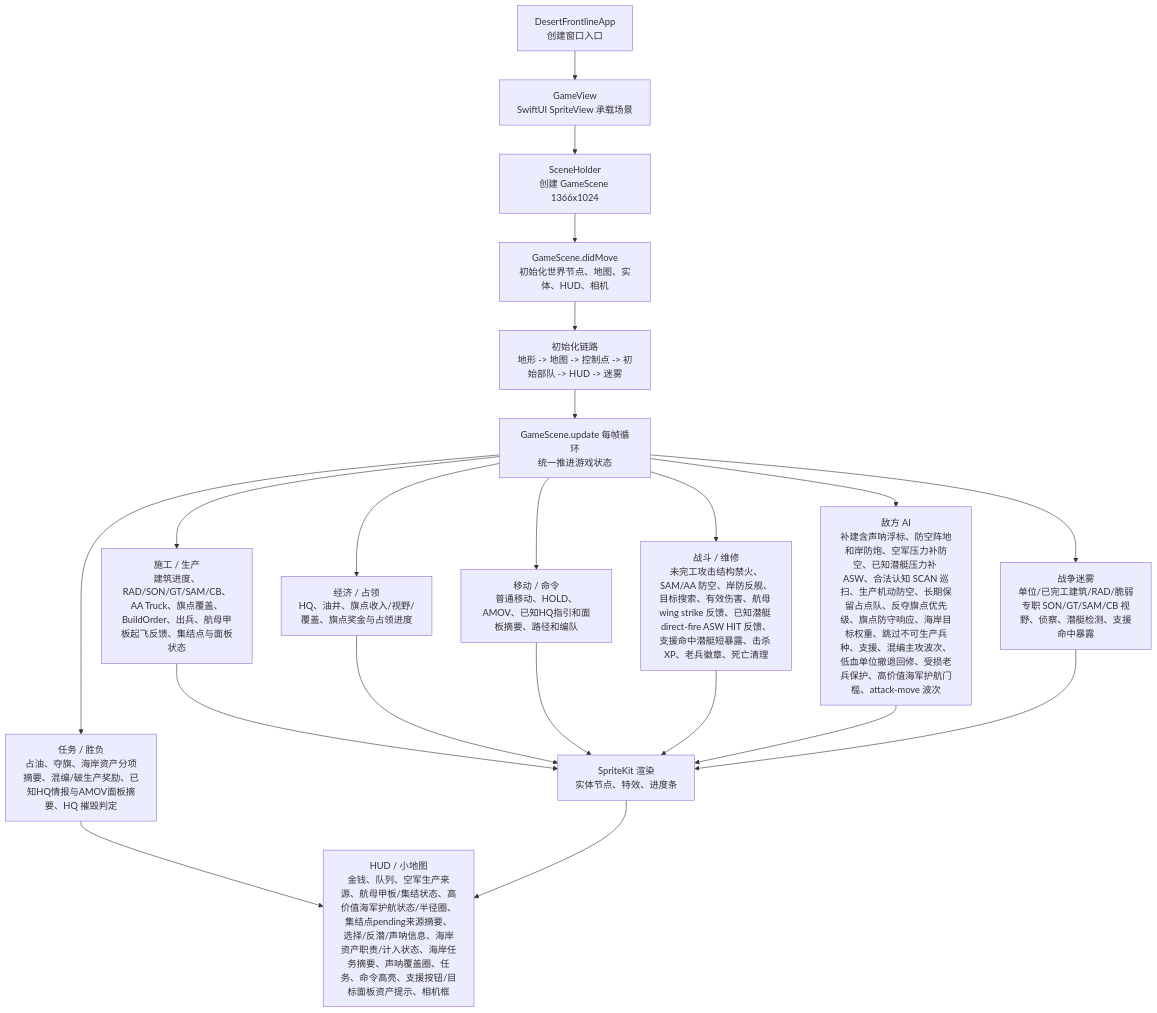
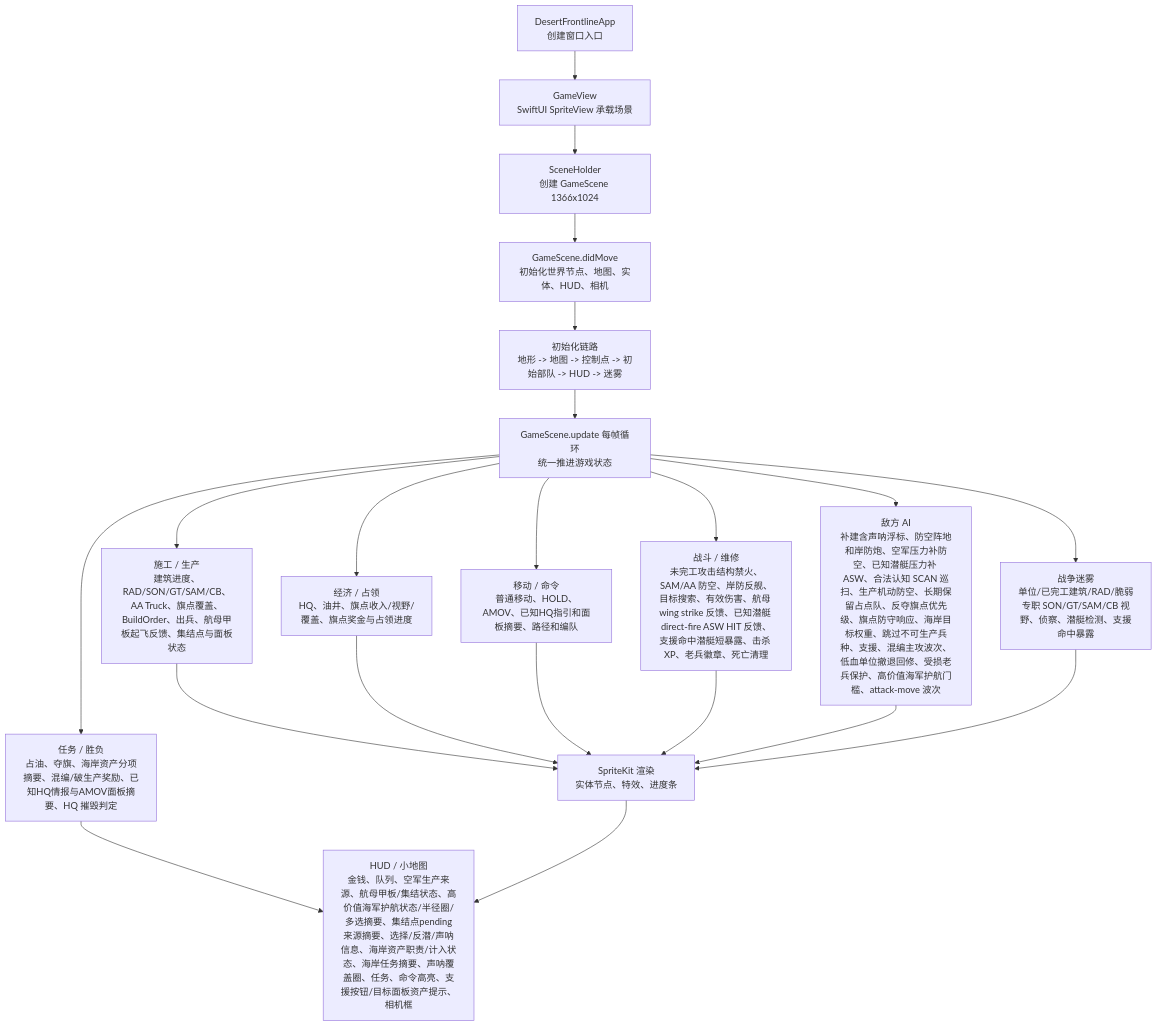
The first of 3 diagrams in md/flow/flowchart.md (Altman-sam114/1145), drawn with Mermaid before and after one commit. The commit also changed 4 other files, not shown here.

````diff
--- a/md/flow/flowchart.md
+++ b/md/flow/flowchart.md
@@ -9,23 +9,23 @@
 ```mermaid
 flowchart TD
   App["DesertFrontlineApp\n创建窗口入口"] --> View["GameView\nSwiftUI SpriteView 承载场景"]
   View --> Holder["SceneHolder\n创建 GameScene 1366x1024"]
   Holder --> Scene["GameScene.didMove\n初始化世界节点、地图、实体、HUD、相机"]
   Scene --> Init["初始化链路\n地形 -> 地图 -> 控制点 -> 初始部队 -> HUD -> 迷雾"]
   Init --> Loop["GameScene.update 每帧循环\n统一推进游戏状态"]
   Loop --> Build["施工 / 生产\n建筑进度、RAD/SON/GT/SAM/CB、AA Truck、旗点覆盖、BuildOrder、出兵、航母甲板起飞反馈、集结点与面板状态"]
   Loop --> Economy["经济 / 占领\nHQ、油井、旗点收入/视野/覆盖、旗点奖金与占领进度"]
   Loop --> Commands["移动 / 命令\n普通移动、HOLD、AMOV、已知HQ指引和面板摘要、路径和编队"]
   Loop --> Combat["战斗 / 维修\n未完工攻击结构禁火、SAM/AA 防空、岸防反舰、目标搜索、有效伤害、航母 wing strike 反馈、已知潜艇 direct-fire ASW HIT 反馈、支援命中潜艇短暴露、击杀 XP、老兵徽章、死亡清理"]
   Loop --> AI["敌方 AI\n补建含声呐浮标、防空阵地和岸防炮、空军压力补防空、已知潜艇压力补 ASW、合法认知 SCAN 巡扫、生产机动防空、长期保留占点队、反夺旗点优先级、旗点防守响应、海岸目标权重、跳过不可生产兵种、支援、混编主攻波次、低血单位撤退回修、受损老兵保护、高价值海军护航门槛、attack-move 波次"]
   Loop --> Fog["战争迷雾\n单位/已完工建筑/RAD/脆弱专职 SON/GT/SAM/CB 视野、侦察、潜艇检测、支援命中暴露"]
   Loop --> Mission["任务 / 胜负\n占油、夺旗、海岸资产分项摘要、混编/破生产奖励、已知HQ情报与AMOV面板摘要、HQ 摧毁判定"]
   Build --> Render["SpriteKit 渲染\n实体节点、特效、进度条"]
   Economy --> Render
   Commands --> Render
   Combat --> Render
   AI --> Render
   Fog --> Render
-  Mission --> HUD["HUD / 小地图\n金钱、队列、空军生产来源、航母甲板/集结状态、高价值海军护航状态/半径圈、集结点pending来源摘要、选择/反潜/声呐信息、海岸资产职责/计入状态、海岸任务摘要、声呐覆盖圈、任务、命令高亮、支援按钮/目标面板资产提示、相机框"]
+  Mission --> HUD["HUD / 小地图\n金钱、队列、空军生产来源、航母甲板/集结状态、高价值海军护航状态/半径圈/多选摘要、集结点pending来源摘要、选择/反潜/声呐信息、海岸资产职责/计入状态、海岸任务摘要、声呐覆盖圈、任务、命令高亮、支援按钮/目标面板资产提示、相机框"]
   Render --> HUD
 ```
````
